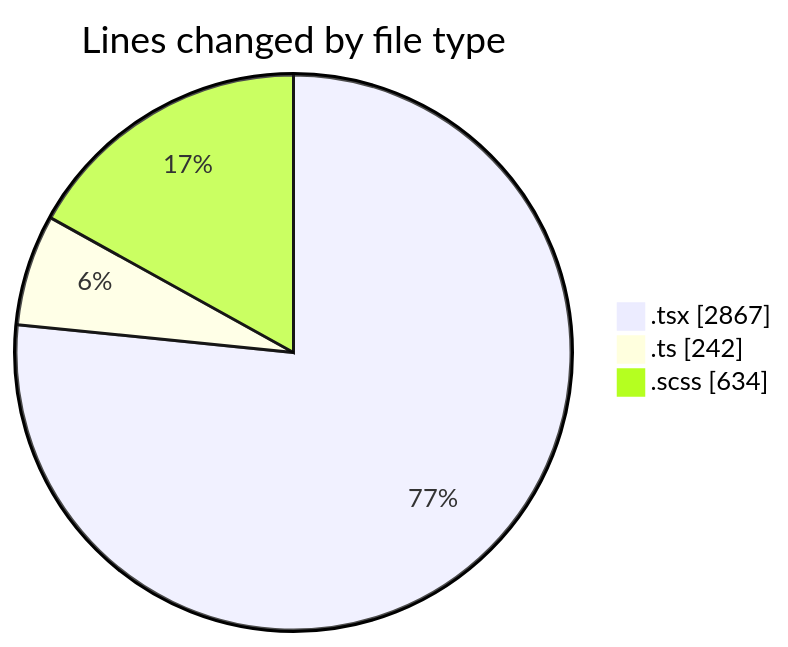
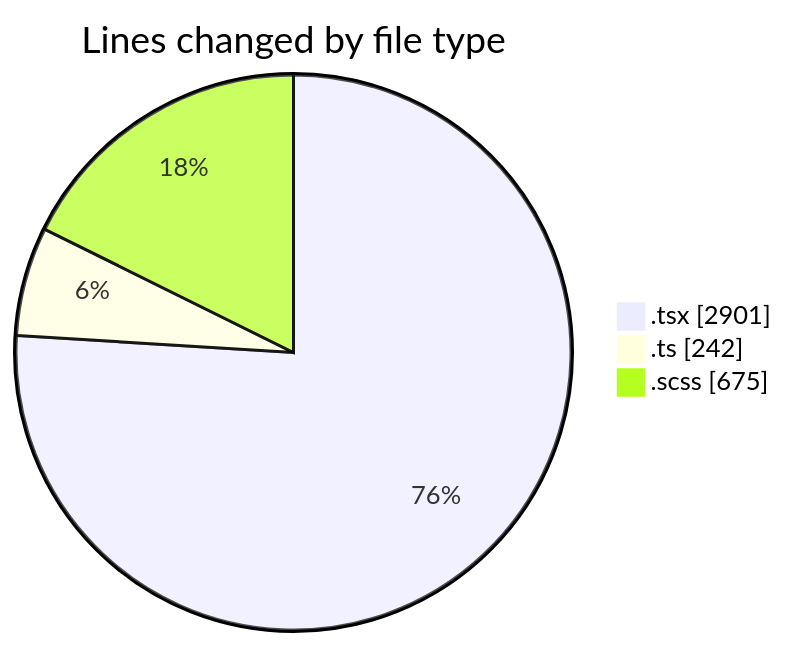
Before and after one commit to momahboobian/code-tracking: the first of 2 diagrams in 2025-09-15/cda/README.md, drawn with Mermaid. The commit also changed other lines of this file and 1 other file, not shown here.

````diff
--- a/2025-09-15/cda/README.md
+++ b/2025-09-15/cda/README.md
@@ -25,7 +25,7 @@
 ```mermaid
 pie showData
 title Lines changed by file type
-".tsx" : 2867
+".tsx" : 2901
 ".ts" : 242
-".scss" : 634
+".scss" : 675
 ```
````
